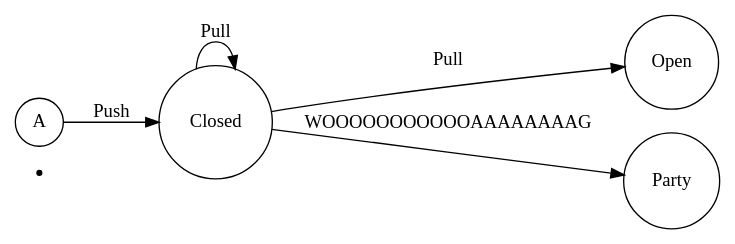
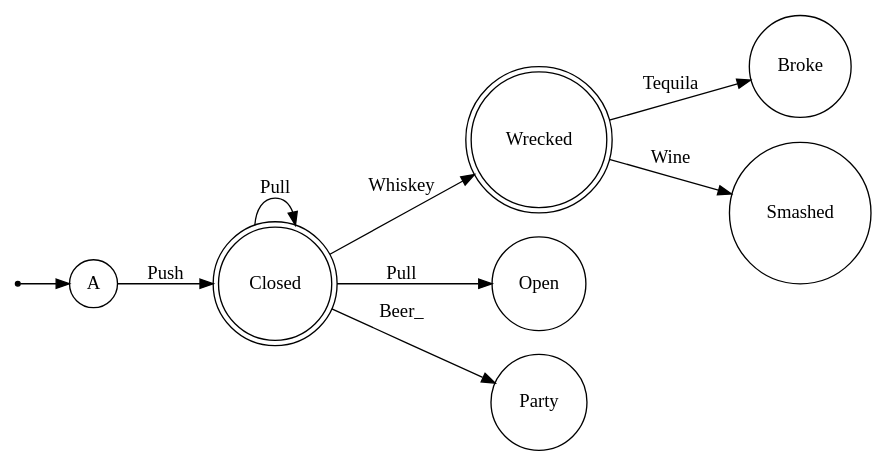
One commit to P4-Group2-Compiler/P4-State-Lang changed the diagram in bin/graph.gv. Above: the diagram before and after it, drawn with Graphviz. The commit also changed 4 other files, not shown here.

```diff
--- a/bin/graph.gv
+++ b/bin/graph.gv
@@ -1,1 +1,1 @@
-digraph { rankdir = LR; node [shape = circle;]; null [shape = point;];A -> Closed [label="Push"];Closed -> Open [label="Pull"];Closed -> Closed [label="Pull"];Closed -> Party [label="WOOOOOOOOOOOAAAAAAAAG"];}
+digraph { rankdir = LR; node [shape = circle;]; null [shape = point;];null -> A;Wrecked [shape = doublecircle;];Closed [shape = doublecircle;];A -> Closed [label="Push"];Closed -> Open [label="Pull"];Closed -> Closed [label="Pull"];Closed -> Party [label="Beer_"];Closed -> Wrecked [label="Whiskey"];Wrecked -> Broke [label="Tequila"];Wrecked -> Smashed [label="Wine"];}
```
